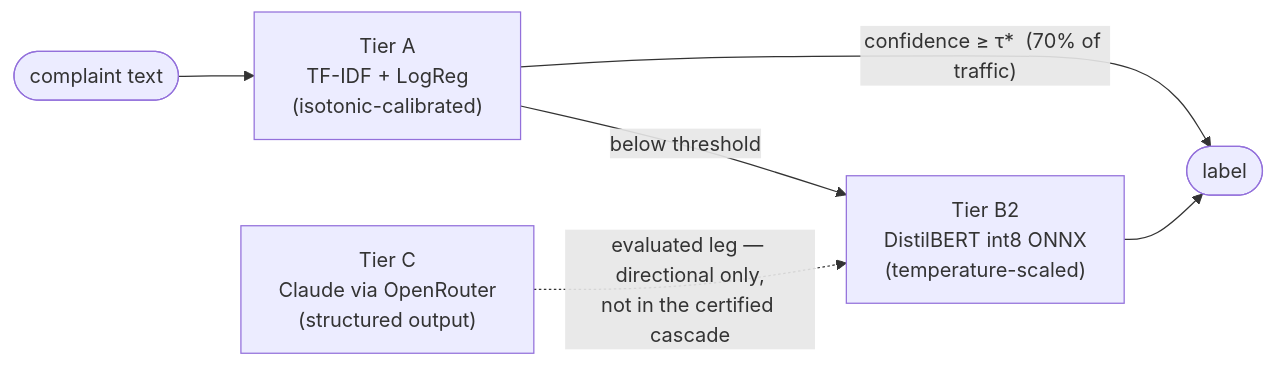
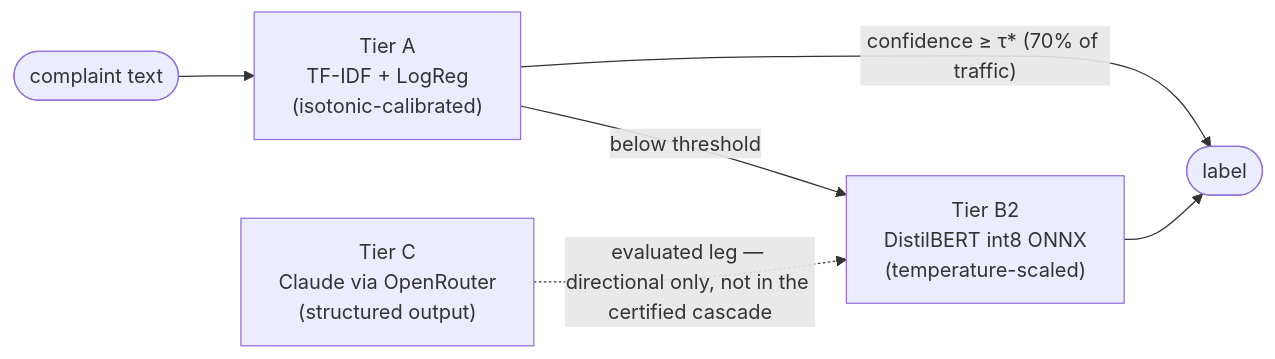
One commit to LucisZhang/nlp-eval-lab changed the diagram in README.md. Above: the diagram before and after it, drawn with Mermaid.

Commit message:
docs: README mermaid labels use <br/> (mermaid 10+ renders \n literally)

````diff
--- a/README.md
+++ b/README.md
@@ -33,8 +33,8 @@
 ```mermaid
 flowchart LR
-    IN([complaint text]) --> A["Tier A\nTF-IDF + LogReg\n(isotonic-calibrated)"]
-    A -->|"confidence ≥ τ*  (70% of traffic)"| OUT([label])
-    A -->|below threshold| B["Tier B2\nDistilBERT int8 ONNX\n(temperature-scaled)"]
+    IN([complaint text]) --> A["Tier A<br/>TF-IDF + LogReg<br/>(isotonic-calibrated)"]
+    A -->|"confidence ≥ τ* (70% of traffic)"| OUT([label])
+    A -->|below threshold| B["Tier B2<br/>DistilBERT int8 ONNX<br/>(temperature-scaled)"]
     B --> OUT
-    C["Tier C\nClaude via OpenRouter\n(structured output)"] -.->|"evaluated leg — directional only,\nnot in the certified cascade"| B
+    C["Tier C<br/>Claude via OpenRouter<br/>(structured output)"] -.->|evaluated leg — directional only, not in the certified cascade| B
 ```
````
